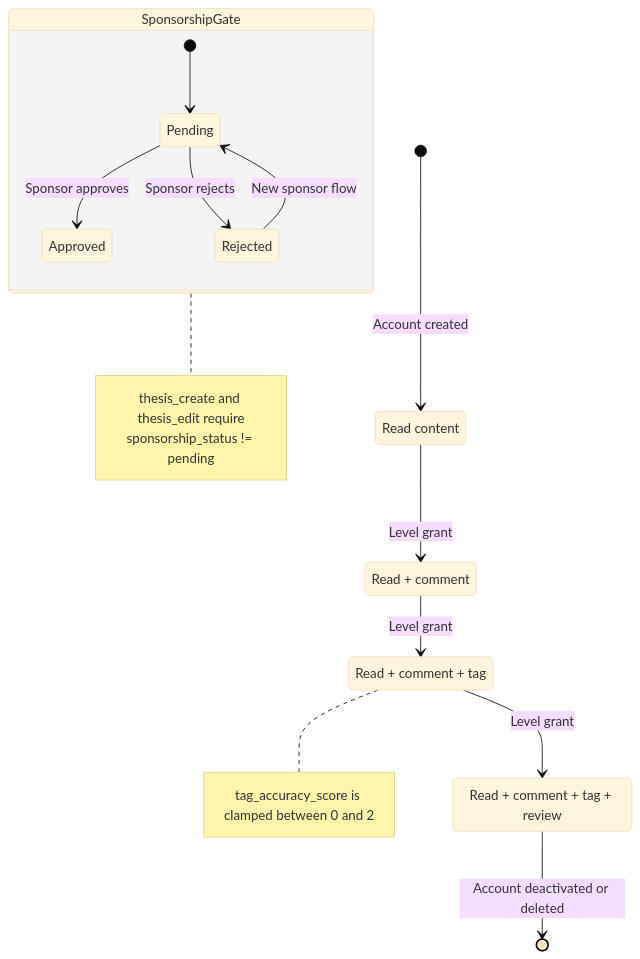
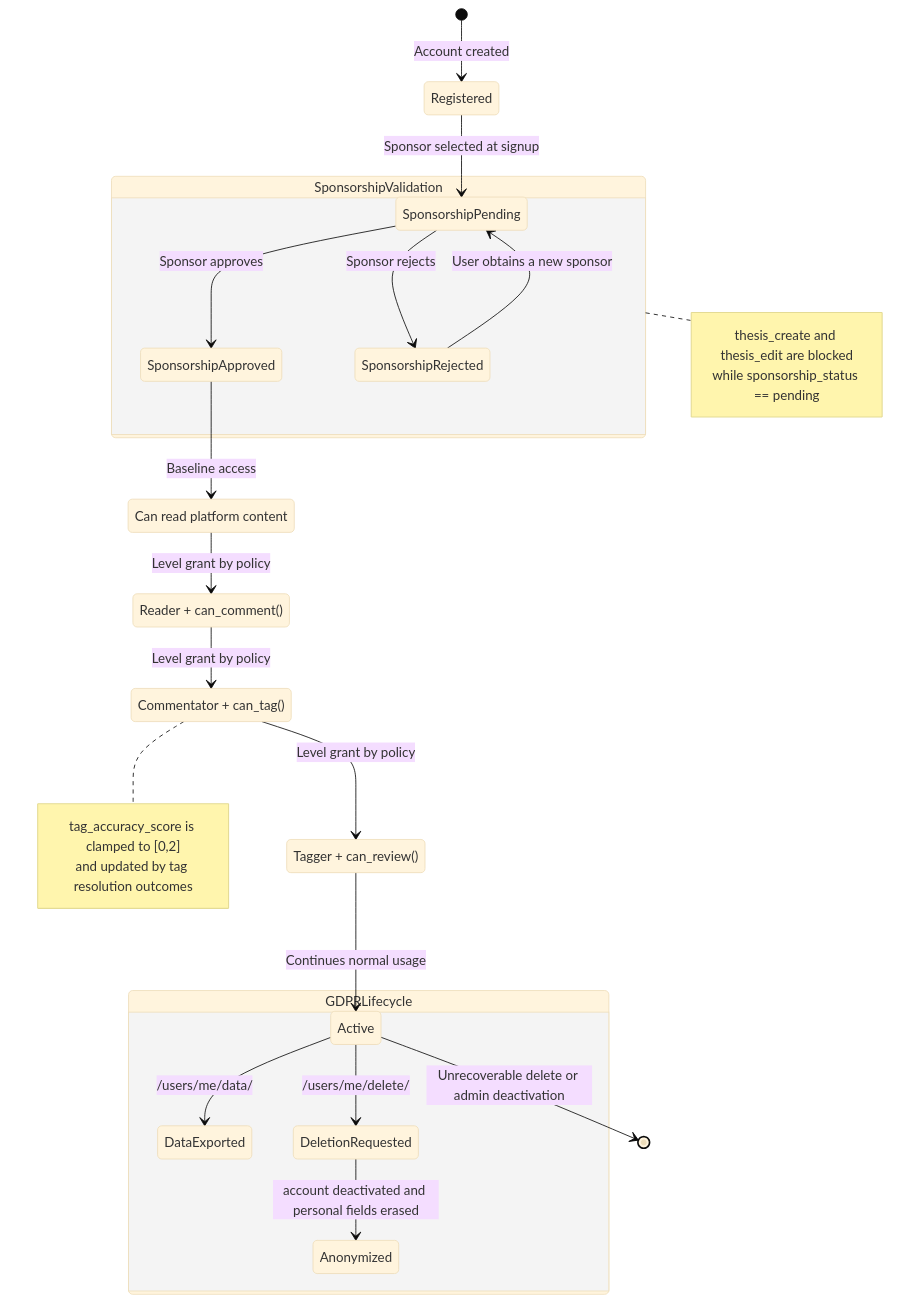
One commit to kakchouch/hume_social changed the diagram in diagrams/user_progression_system.md. Above: the diagram before and after it, drawn with Mermaid (base theme). The commit also changed 33 other files, not shown here.

````diff
--- a/diagrams/user_progression_system.md
+++ b/diagrams/user_progression_system.md
@@ -3,31 +3,41 @@
 ```mermaid
 stateDiagram-v2
-    [*] --> Reader: Account created
+    [*] --> Registered: Account created
+    Registered --> SponsorshipPending: Sponsor selected at signup
 
-    state SponsorshipGate {
-        [*] --> Pending
-        Pending --> Approved: Sponsor approves
-        Pending --> Rejected: Sponsor rejects
-        Rejected --> Pending: New sponsor flow
+    state SponsorshipValidation {
+        SponsorshipPending --> SponsorshipApproved: Sponsor approves
+        SponsorshipPending --> SponsorshipRejected: Sponsor rejects
+        SponsorshipRejected --> SponsorshipPending: User obtains a new sponsor
     }
 
-    Reader --> Commentator: Level grant
-    Commentator --> Tagger: Level grant
-    Tagger --> EditorialReviewer: Level grant
+    SponsorshipApproved --> Reader: Baseline access
 
-    Reader: Read content
-    Commentator: Read + comment
-    Tagger: Read + comment + tag
-    EditorialReviewer: Read + comment + tag + review
+    Reader --> Commentator: Level grant by policy
+    Commentator --> Tagger: Level grant by policy
+    Tagger --> EditorialReviewer: Level grant by policy
 
-    note right of SponsorshipGate
-        thesis_create and thesis_edit require
-        sponsorship_status != pending
+    Reader: Can read platform content
+    Commentator: Reader + can_comment()
+    Tagger: Commentator + can_tag()
+    EditorialReviewer: Tagger + can_review()
+
+    note right of SponsorshipValidation
+        thesis_create and thesis_edit are blocked
+        while sponsorship_status == pending
     end note
 
     note right of Tagger
-        tag_accuracy_score is clamped between 0 and 2
+        tag_accuracy_score is clamped to [0,2]
+        and updated by tag resolution outcomes
     end note
 
-    EditorialReviewer --> [*]: Account deactivated or deleted
+    state GDPRLifecycle {
+        Active --> DataExported: /users/me/data/
+        Active --> DeletionRequested: /users/me/delete/
+        DeletionRequested --> Anonymized: account deactivated and personal fields erased
+    }
+
+    EditorialReviewer --> Active: Continues normal usage
+    Active --> [*]: Unrecoverable delete or admin deactivation
 ```
````
